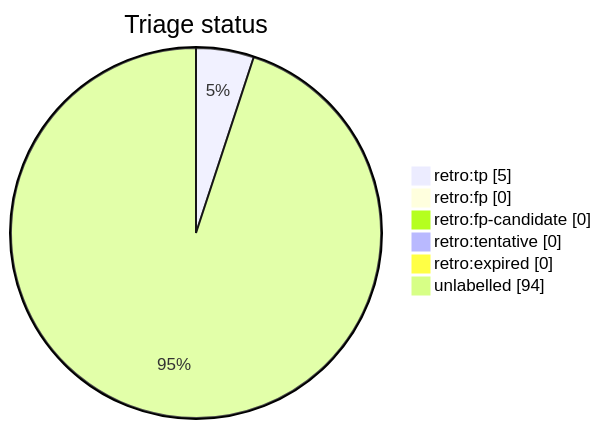
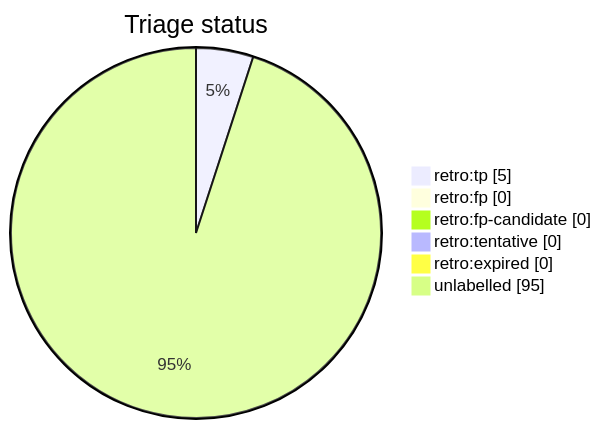
Before and after one commit to tvna/claude-md: the diagram in docs/generated/scripts/auto-retro-triage-report.md, drawn with Mermaid. The commit also changed other lines of this file, not shown here.

````diff
--- a/docs/generated/scripts/auto-retro-triage-report.md
+++ b/docs/generated/scripts/auto-retro-triage-report.md
@@ -20,10 +20,10 @@
 ```mermaid
 pie showData
     title Triage status
     "retro:tp" : 5
     "retro:fp" : 0
     "retro:fp-candidate" : 0
     "retro:tentative" : 0
     "retro:expired" : 0
-    "unlabelled" : 94
+    "unlabelled" : 95
 ```
````
